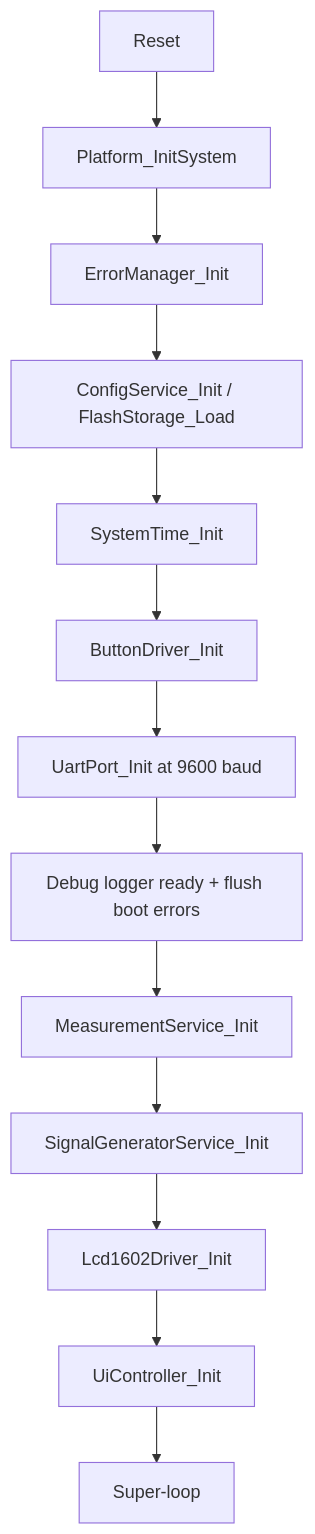
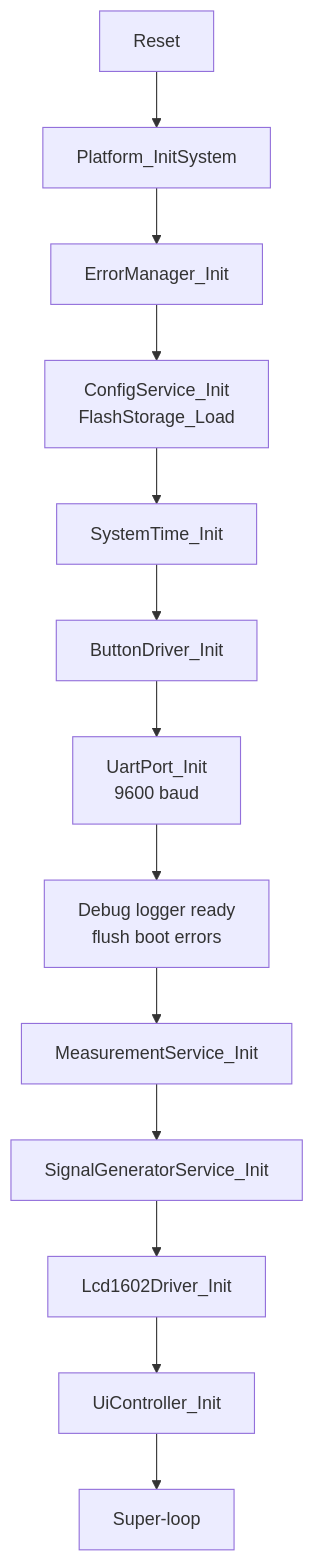
One commit to haikevins/Multimeter_Project changed the fifth of 21 diagrams in README.md. Above: the diagram before and after it, drawn with Mermaid. The commit also changed other lines of this file, not shown here.

````diff
--- a/README.md
+++ b/README.md
@@ -329,15 +339,15 @@
 ```mermaid
-flowchart TD
+flowchart TB
     RESET["Reset"] --> PLATFORM["Platform_InitSystem"]
     PLATFORM --> ERROR["ErrorManager_Init"]
-    ERROR --> CONFIG["ConfigService_Init / FlashStorage_Load"]
+    ERROR --> CONFIG["ConfigService_Init<br/>FlashStorage_Load"]
     CONFIG --> TIME["SystemTime_Init"]
     TIME --> BUTTON["ButtonDriver_Init"]
-    BUTTON --> UART["UartPort_Init at 9600 baud"]
-    UART --> LOGGER["Debug logger ready + flush boot errors"]
+    BUTTON --> UART["UartPort_Init<br/>9600 baud"]
+    UART --> LOGGER["Debug logger ready<br/>flush boot errors"]
     LOGGER --> MEASURE["MeasurementService_Init"]
     MEASURE --> SIGNAL["SignalGeneratorService_Init"]
     SIGNAL --> LCD["Lcd1602Driver_Init"]
     LCD --> UI["UiController_Init"]
     UI --> LOOP["Super-loop"]
 ```
````
